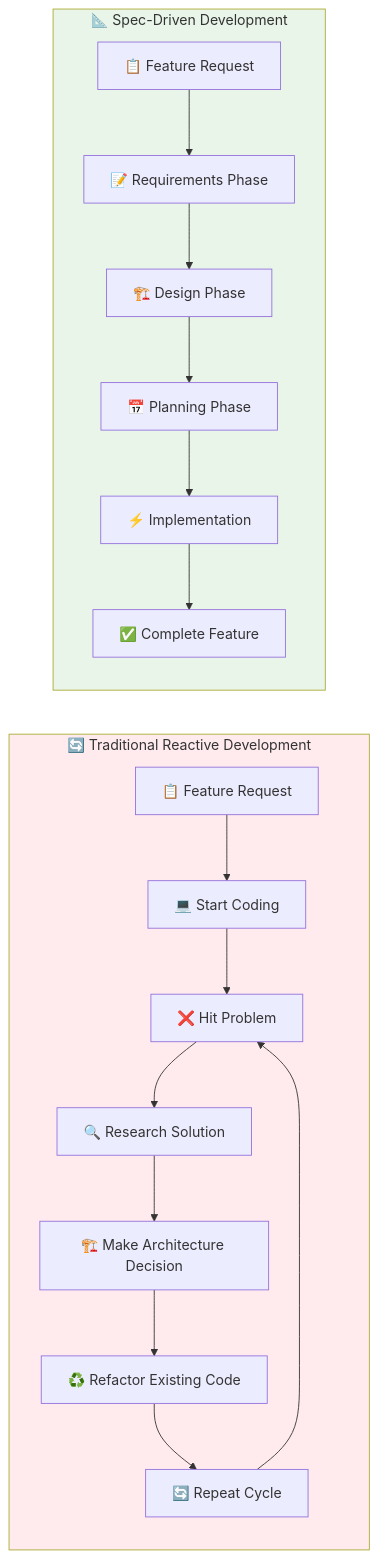
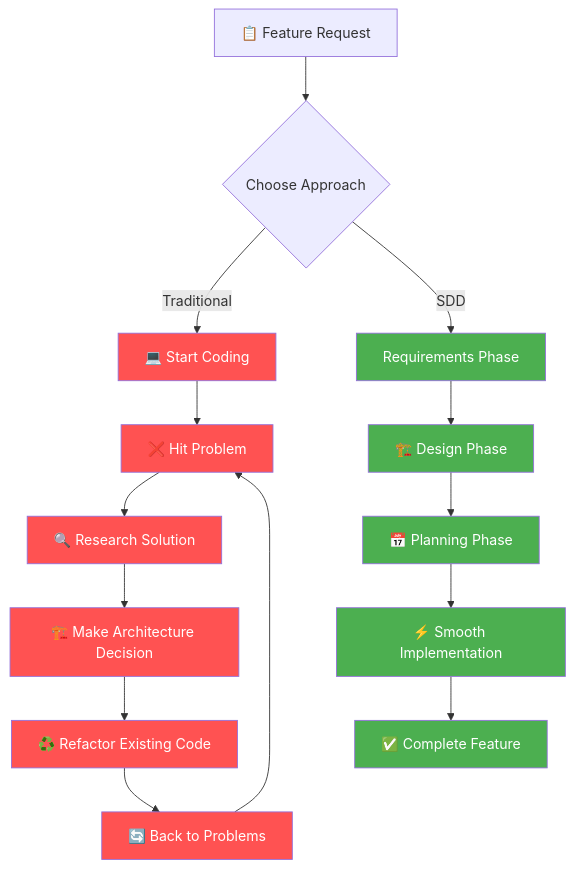
One commit to tikazyq/marvinzhang.dev changed the third of 3 diagrams in blog/2025-09-16-spec-driven-development.mdx. Above: the diagram before and after it, drawn with Mermaid. The commit also changed other lines of this file and 3 other files, not shown here.

Commit message:
refactor: update Mermaid diagram extraction regex for improved accuracy and enhance WeChat processing script with admonition conversion and footer addition

````diff
--- a/blog/2025-09-16-spec-driven-development.mdx
+++ b/blog/2025-09-16-spec-driven-development.mdx
@@ -190,23 +190,31 @@
 ```mermaid
-flowchart LR
-    subgraph Traditional ["🔄 Traditional Reactive Development"]
-        T1["📋 Feature Request"] --> T2["💻 Start Coding"]
-        T2 --> T3["❌ Hit Problem"]
-        T3 --> T4["🔍 Research Solution"]
-        T4 --> T5["🏗️ Make Architecture Decision"]
-        T5 --> T6["♻️ Refactor Existing Code"]
-        T6 --> T7["🔄 Repeat Cycle"]
-        T7 --> T3
-    end
-
-    subgraph SDD ["📐 Spec-Driven Development"]
-        S1["📋 Feature Request"] --> S2["📝 Requirements Phase"]
-        S2 --> S3["🏗️ Design Phase"]
-        S3 --> S4["📅 Planning Phase"]
-        S4 --> S5["⚡ Implementation"]
-        S5 --> S6["✅ Complete Feature"]
-    end
-
-    style Traditional fill:#ffebee
-    style SDD fill:#e8f5e8
+flowchart TD
+    A["📋 Feature Request"] --> B{"Choose Approach"}
+    
+    B -->|Traditional| C["💻 Start Coding"]
+    C --> D["❌ Hit Problem"]
+    D --> E["🔍 Research Solution"]
+    E --> F["🏗️ Make Architecture Decision"]
+    F --> G["♻️ Refactor Existing Code"]
+    G --> H["🔄 Back to Problems"]
+    H --> D
+    
+    B -->|SDD| I[" Requirements Phase"]
+    I --> J["🏗️ Design Phase"]
+    J --> K["📅 Planning Phase"]
+    K --> L["⚡ Smooth Implementation"]
+    L --> M["✅ Complete Feature"]
+    
+    style C fill:#ff5252,color:#fff
+    style D fill:#ff5252,color:#fff
+    style E fill:#ff5252,color:#fff
+    style F fill:#ff5252,color:#fff
+    style G fill:#ff5252,color:#fff
+    style H fill:#ff5252,color:#fff
+    
+    style I fill:#4caf50,color:#fff
+    style J fill:#4caf50,color:#fff
+    style K fill:#4caf50,color:#fff
+    style L fill:#4caf50,color:#fff
+    style M fill:#4caf50,color:#fff
 ```
````
